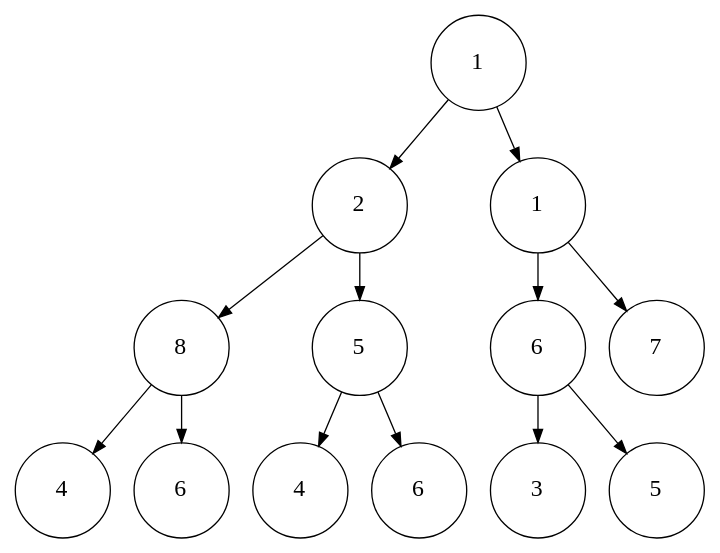
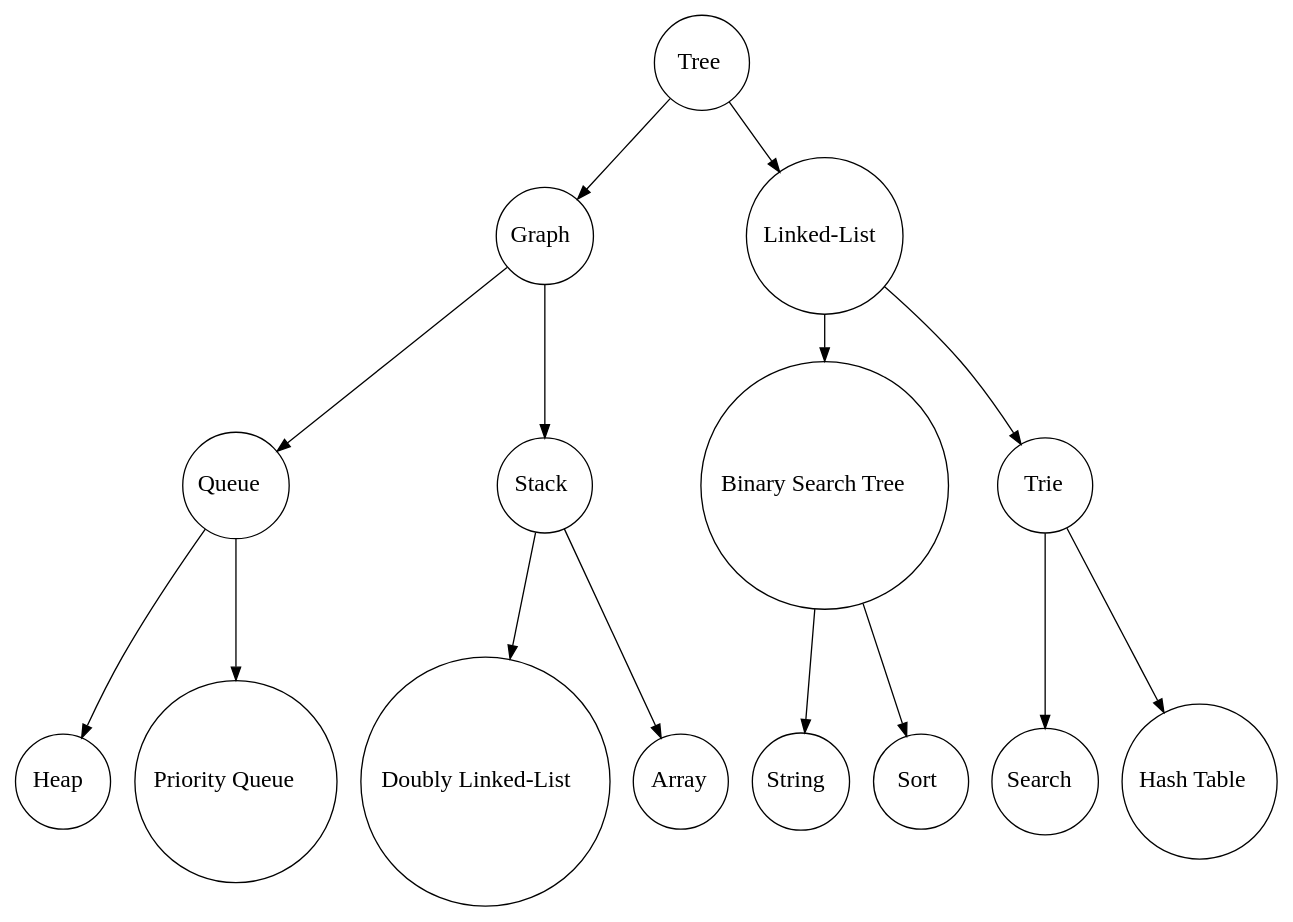
One commit to mustafasencer/AlgorithmDataStructureWithGraphviz changed the diagram in drawer/Digraph.gv. Above: the diagram before and after it, drawn with Graphviz. The commit also changed 2 other files, not shown here.

Commit message:
- Changed README.md figure

```diff
--- a/drawer/Digraph.gv
+++ b/drawer/Digraph.gv
@@ -1,28 +1,32 @@
 digraph {
 	name=Tree rankdir=TB
-	1 [label=<<FONT POINT-SIZE="18" FACE="ubuntu">1</FONT><BR ALIGN="CENTER"/>> height=1 shape=circle width=1]
-	2 [label=<<FONT POINT-SIZE="18" FACE="ubuntu">2</FONT><BR ALIGN="CENTER"/>> height=1 shape=circle width=1]
-	3 [label=<<FONT POINT-SIZE="18" FACE="ubuntu">1</FONT><BR ALIGN="CENTER"/>> height=1 shape=circle width=1]
-	4 [label=<<FONT POINT-SIZE="18" FACE="ubuntu">8</FONT><BR ALIGN="CENTER"/>> height=1 shape=circle width=1]
-	5 [label=<<FONT POINT-SIZE="18" FACE="ubuntu">5</FONT><BR ALIGN="CENTER"/>> height=1 shape=circle width=1]
-	6 [label=<<FONT POINT-SIZE="18" FACE="ubuntu">6</FONT><BR ALIGN="CENTER"/>> height=1 shape=circle width=1]
-	7 [label=<<FONT POINT-SIZE="18" FACE="ubuntu">7</FONT><BR ALIGN="CENTER"/>> height=1 shape=circle width=1]
-	8 [label=<<FONT POINT-SIZE="18" FACE="ubuntu">4</FONT><BR ALIGN="CENTER"/>> height=1 shape=circle width=1]
-	9 [label=<<FONT POINT-SIZE="18" FACE="ubuntu">6</FONT><BR ALIGN="CENTER"/>> height=1 shape=circle width=1]
-	10 [label=<<FONT POINT-SIZE="18" FACE="ubuntu">4</FONT><BR ALIGN="CENTER"/>> height=1 shape=circle width=1]
-	11 [label=<<FONT POINT-SIZE="18" FACE="ubuntu">6</FONT><BR ALIGN="CENTER"/>> height=1 shape=circle width=1]
-	12 [label=<<FONT POINT-SIZE="18" FACE="ubuntu">3</FONT><BR ALIGN="CENTER"/>> height=1 shape=circle width=1]
-	13 [label=<<FONT POINT-SIZE="18" FACE="ubuntu">5</FONT><BR ALIGN="CENTER"/>> height=1 shape=circle width=1]
+	1 [label=<<FONT POINT-SIZE="18" FACE="ubuntu">Tree</FONT><BR ALIGN="CENTER"/>> height=1 shape=circle width=1]
+	2 [label=<<FONT POINT-SIZE="18" FACE="ubuntu">Graph</FONT><BR ALIGN="CENTER"/>> height=1 shape=circle width=1]
+	3 [label=<<FONT POINT-SIZE="18" FACE="ubuntu">Linked-List</FONT><BR ALIGN="CENTER"/>> height=1 shape=circle width=1]
+	4 [label=<<FONT POINT-SIZE="18" FACE="ubuntu">Queue</FONT><BR ALIGN="CENTER"/>> height=1 shape=circle width=1]
+	5 [label=<<FONT POINT-SIZE="18" FACE="ubuntu">Stack</FONT><BR ALIGN="CENTER"/>> height=1 shape=circle width=1]
+	6 [label=<<FONT POINT-SIZE="18" FACE="ubuntu">Binary Search Tree</FONT><BR ALIGN="CENTER"/>> height=1 shape=circle width=1]
+	7 [label=<<FONT POINT-SIZE="18" FACE="ubuntu">Trie</FONT><BR ALIGN="CENTER"/>> height=1 shape=circle width=1]
+	8 [label=<<FONT POINT-SIZE="18" FACE="ubuntu">Heap</FONT><BR ALIGN="CENTER"/>> height=1 shape=circle width=1]
+	9 [label=<<FONT POINT-SIZE="18" FACE="ubuntu">Priority Queue</FONT><BR ALIGN="CENTER"/>> height=1 shape=circle width=1]
+	10 [label=<<FONT POINT-SIZE="18" FACE="ubuntu">Doubly Linked-List</FONT><BR ALIGN="CENTER"/>> height=1 shape=circle width=1]
+	11 [label=<<FONT POINT-SIZE="18" FACE="ubuntu">Array</FONT><BR ALIGN="CENTER"/>> height=1 shape=circle width=1]
+	12 [label=<<FONT POINT-SIZE="18" FACE="ubuntu">String</FONT><BR ALIGN="CENTER"/>> height=1 shape=circle width=1]
+	13 [label=<<FONT POINT-SIZE="18" FACE="ubuntu">Sort</FONT><BR ALIGN="CENTER"/>> height=1 shape=circle width=1]
+	14 [label=<<FONT POINT-SIZE="18" FACE="ubuntu">Search</FONT><BR ALIGN="CENTER"/>> height=1 shape=circle width=1]
+	15 [label=<<FONT POINT-SIZE="18" FACE="ubuntu">Hash Table</FONT><BR ALIGN="CENTER"/>> height=1 shape=circle width=1]
 	1 -> 2
 	1 -> 3
 	2 -> 4
 	2 -> 5
 	3 -> 6
 	3 -> 7
 	4 -> 8
 	4 -> 9
 	5 -> 10
 	5 -> 11
 	6 -> 12
 	6 -> 13
+	7 -> 14
+	7 -> 15
 }
```
